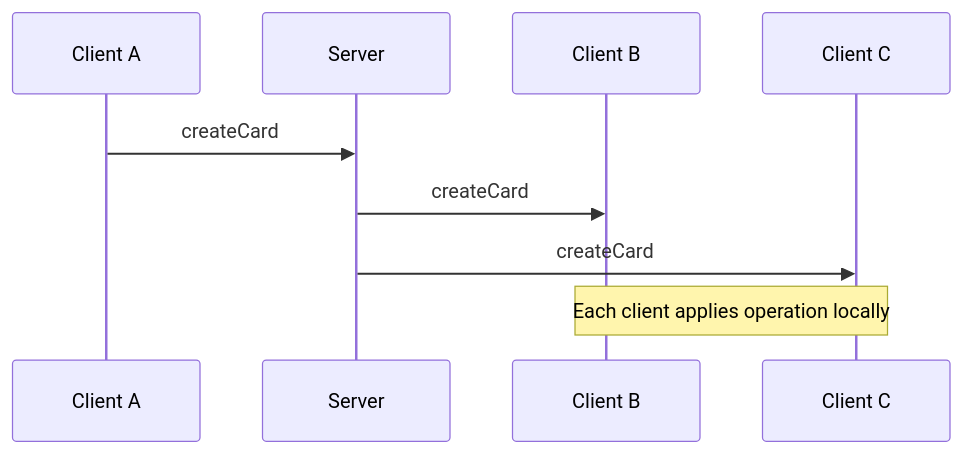
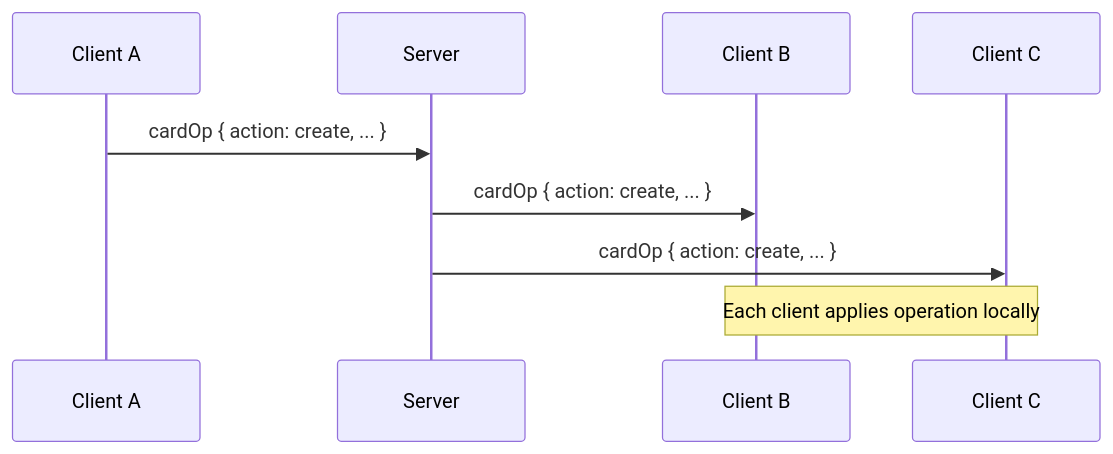
One commit to yoannchaudet/delta-board changed the fourth of 4 diagrams in docs/PROTOCOL.md. Above: the diagram before and after it, drawn with Mermaid. The commit also changed other lines of this file, not shown here.

````diff
--- a/docs/PROTOCOL.md
+++ b/docs/PROTOCOL.md
@@ -120,12 +154,12 @@
 ```mermaid
 sequenceDiagram
     participant A as Client A
     participant S as Server
     participant B as Client B
     participant C as Client C
 
-    A->>S: createCard
-    S->>B: createCard
-    S->>C: createCard
+    A->>S: cardOp { action: create, ... }
+    S->>B: cardOp { action: create, ... }
+    S->>C: cardOp { action: create, ... }
     Note over B,C: Each client applies operation locally
 ```
````
